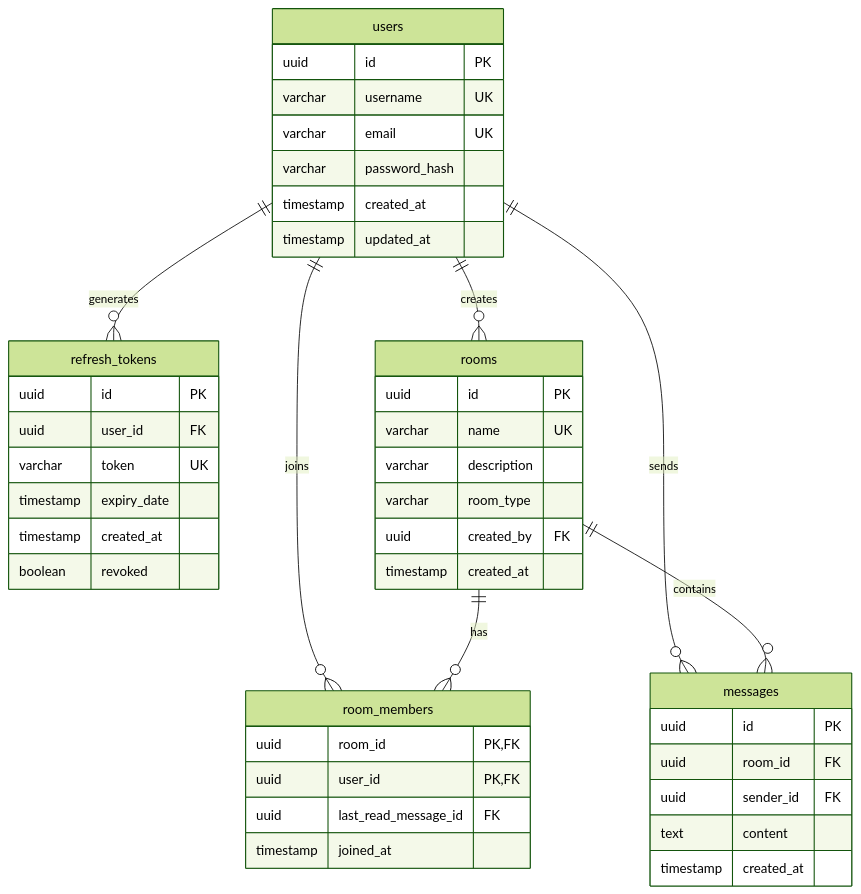
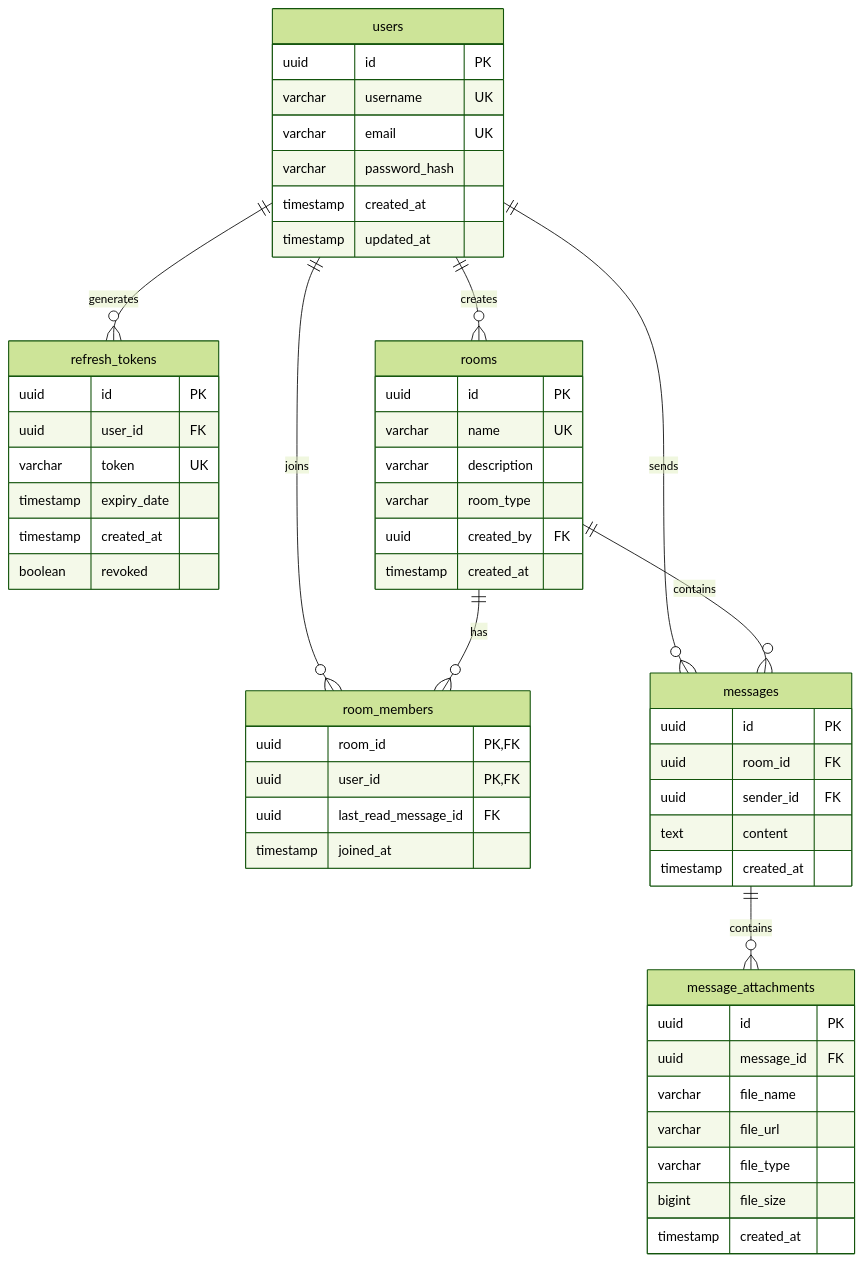
One commit to rishi-18/realtime-chat-application changed the diagram in docs/database-design.md. Above: the diagram before and after it, drawn with Mermaid (forest theme). The commit also changed other lines of this file and 23 other files, not shown here.

Commit message:
feat: implement media uploads & message attachments with validation & testing

````diff
--- a/docs/database-design.md
+++ b/docs/database-design.md
@@ -9,47 +9,57 @@
 ```mermaid
 erDiagram
     users {
         uuid id PK
         varchar username UK
         varchar email UK
         varchar password_hash
         timestamp created_at
         timestamp updated_at
     }
     refresh_tokens {
         uuid id PK
         uuid user_id FK
         varchar token UK
         timestamp expiry_date
         timestamp created_at
         boolean revoked
     }
     rooms {
         uuid id PK
         varchar name UK
         varchar description
         varchar room_type
         uuid created_by FK
         timestamp created_at
     }
     room_members {
         uuid room_id PK, FK
         uuid user_id PK, FK
         uuid last_read_message_id FK
         timestamp joined_at
     }
     messages {
         uuid id PK
         uuid room_id FK
         uuid sender_id FK
         text content
         timestamp created_at
     }
+    message_attachments {
+        uuid id PK
+        uuid message_id FK
+        varchar file_name
+        varchar file_url
+        varchar file_type
+        bigint file_size
+        timestamp created_at
+    }
 
     users ||--o{ refresh_tokens : "generates"
     users ||--o{ rooms : "creates"
     users ||--o{ room_members : "joins"
     rooms ||--o{ room_members : "has"
     users ||--o{ messages : "sends"
     rooms ||--o{ messages : "contains"
+    messages ||--o{ message_attachments : "contains"
 ```
````
